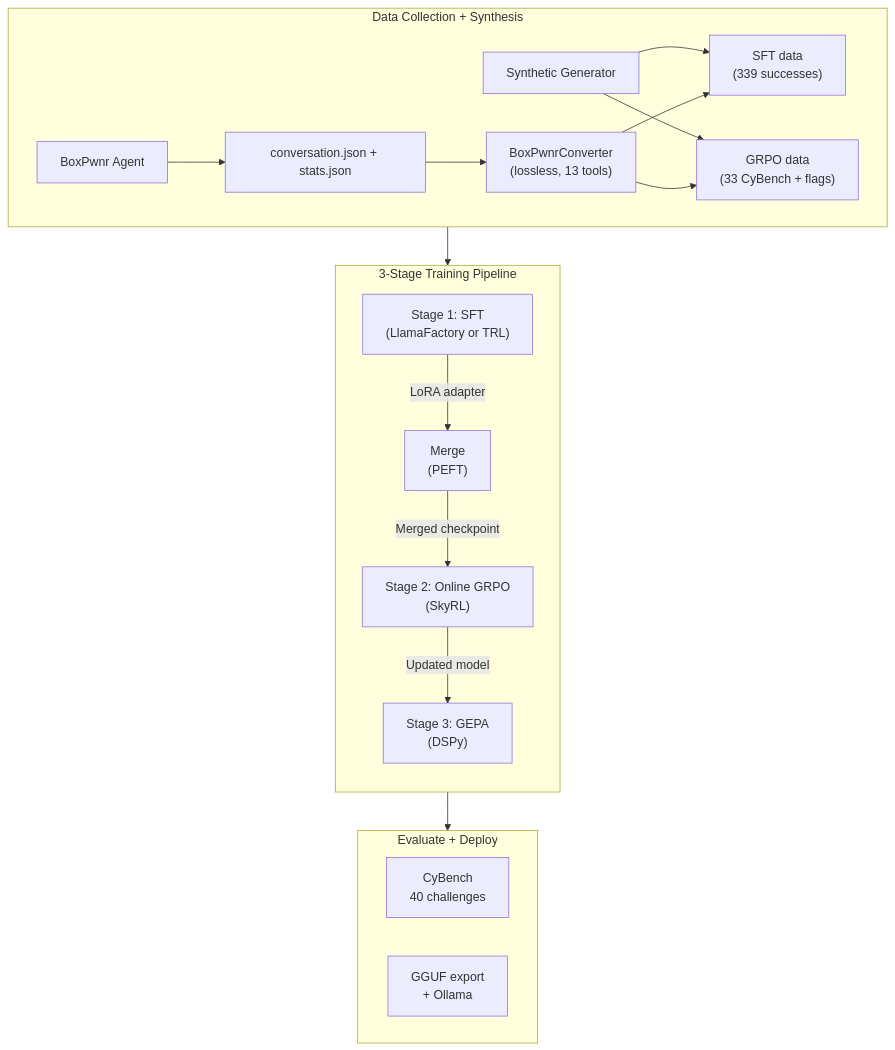
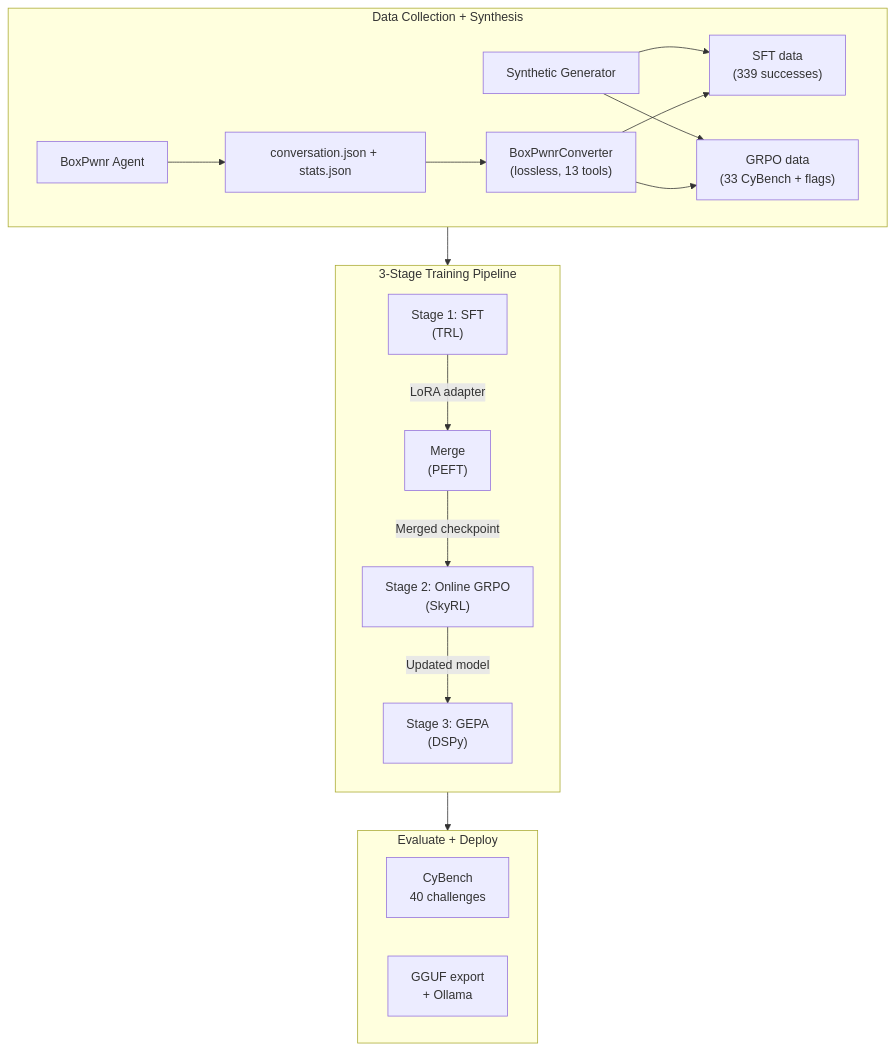
One commit to westonbrown/open-ctf-env changed the first of 4 diagrams in docs/architecture.md. Above: the diagram before and after it, drawn with Mermaid. The commit also changed other lines of this file and 35 other files, not shown here.

Commit message:
Remove LlamaFactory and simplify SFT training

````diff
--- a/docs/architecture.md
+++ b/docs/architecture.md
@@ -7,25 +7,25 @@
 ```mermaid
 flowchart TB
     subgraph data["Data Collection + Synthesis"]
         boxpwnr["BoxPwnr Agent"] --> traces["conversation.json + stats.json"]
         traces --> converter["BoxPwnrConverter<br/>(lossless, 13 tools)"]
         synth["Synthetic Generator"] --> sft_data
         synth --> grpo_data
         converter --> sft_data["SFT data<br/>(339 successes)"]
         converter --> grpo_data["GRPO data<br/>(33 CyBench + flags)"]
     end
 
     subgraph pipeline["3-Stage Training Pipeline"]
         direction TB
-        sft["Stage 1: SFT<br/>(LlamaFactory or TRL)"] -->|"LoRA adapter"| merge["Merge<br/>(PEFT)"]
+        sft["Stage 1: SFT<br/>(TRL)"] -->|"LoRA adapter"| merge["Merge<br/>(PEFT)"]
         merge -->|"Merged checkpoint"| grpo["Stage 2: Online GRPO<br/>(SkyRL)"]
         grpo -->|"Updated model"| gepa["Stage 3: GEPA<br/>(DSPy)"]
     end
 
     subgraph eval["Evaluate + Deploy"]
         bench["CyBench<br/>40 challenges"]
         gguf["GGUF export<br/>+ Ollama"]
     end
 
     data --> pipeline --> eval
 ```
````
